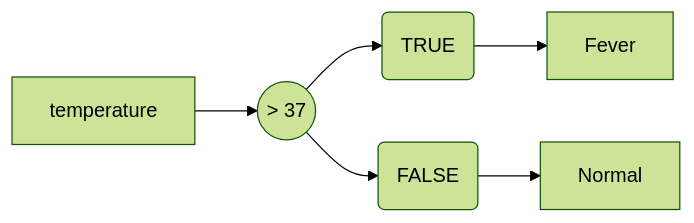
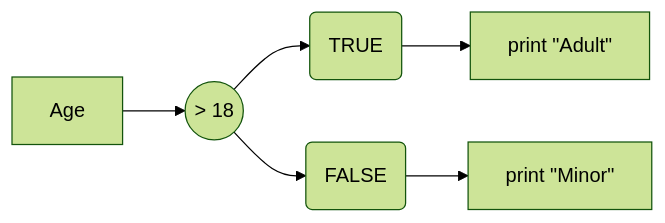
Before and after one commit to InforBio/ioc-r-2026: the first of 3 diagrams in ioc_r/week04/r_w04_slides.qmd, drawn with Mermaid (forest theme). The commit also changed other lines of this file and 1 other file, not shown here.

````diff
--- a/ioc_r/week04/r_w04_slides.qmd
+++ b/ioc_r/week04/r_w04_slides.qmd
@@ -334,10 +334,10 @@
 ```{mermaid}
 %%| echo: false
 %%| fig-width: 10
 flowchart LR
-  AA[temperature] --> A((&gt; 37))
+  AA[Age] --> A((&gt; 18))
   A --> B(TRUE)
   A --> C(FALSE)
-  B --> D[Fever]
-  C --> E[Normal]
+  B --> D[print &quot;Adult&quot;]
+  C --> E[print &quot;Minor&quot;]
 ```
````
